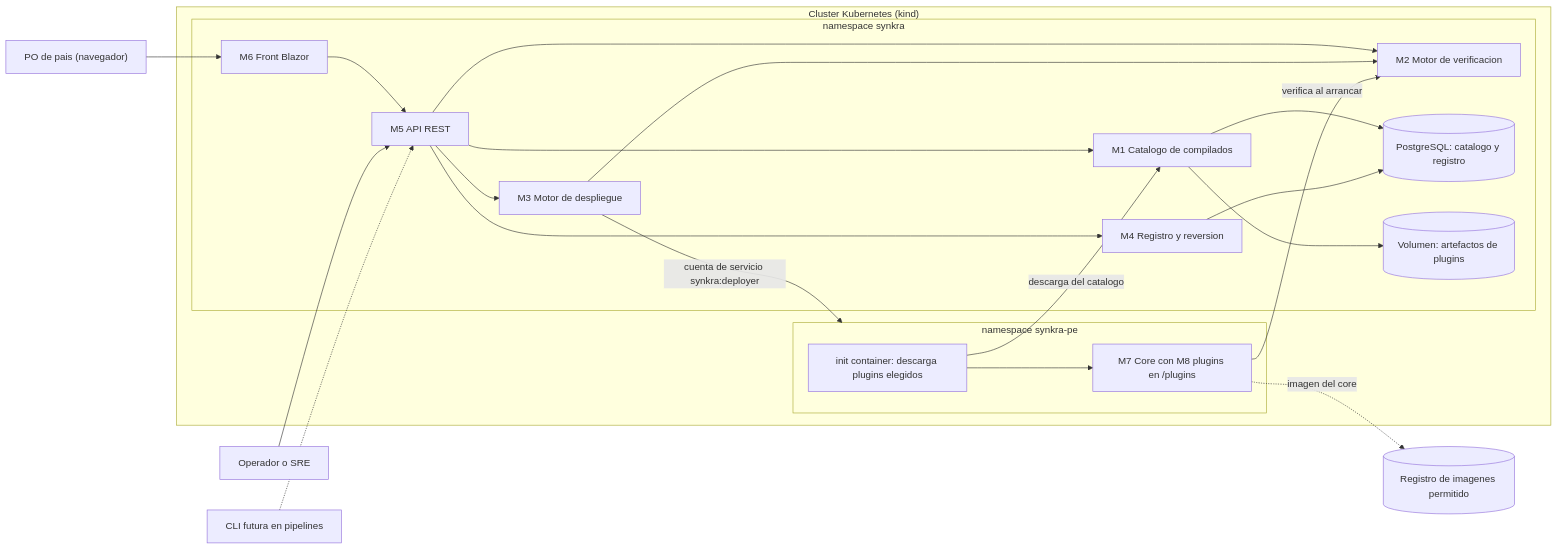
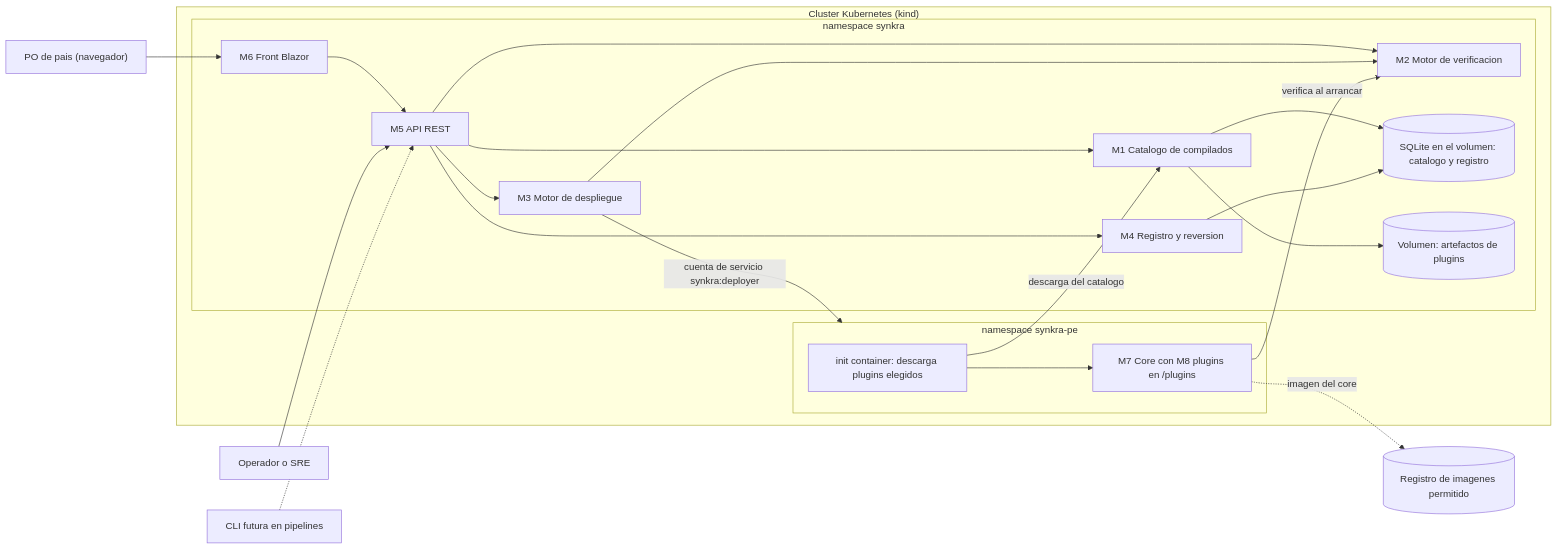
One commit to Jacarrilloc/SynKra changed the diagram in Modulo 3/specs/prd.md. Above: the diagram before and after it, drawn with Mermaid. The commit also changed other lines of this file and 1 other file, not shown here.

First line of the commit message:
docs: PRD v2 consolidated (two version tags, SQLite, all segments approved)

````diff
--- a/Modulo 3/specs/prd.md
+++ b/Modulo 3/specs/prd.md
@@ -382,41 +401,41 @@
 ```mermaid
 flowchart LR
     PO["PO de pais (navegador)"]
     OPS["Operador o SRE"]
     CLI["CLI futura en pipelines"]
     IMG[("Registro de imagenes permitido")]
 
     subgraph K8S["Cluster Kubernetes (kind)"]
         subgraph NSS["namespace synkra"]
             FE["M6 Front Blazor"]
             API["M5 API REST"]
             CAT["M1 Catalogo de compilados"]
             VER["M2 Motor de verificacion"]
             DEP["M3 Motor de despliegue"]
             LOG["M4 Registro y reversion"]
-            DB[("PostgreSQL: catalogo y registro")]
+            DB[("SQLite en el volumen: catalogo y registro")]
             PVC[("Volumen: artefactos de plugins")]
         end
         subgraph NSP["namespace synkra-pe"]
             INIT["init container: descarga plugins elegidos"]
             CORE["M7 Core con M8 plugins en /plugins"]
         end
     end
 
     PO --> FE --> API
     OPS --> API
     CLI -.-> API
     API --> CAT
     API --> VER
     API --> DEP
     API --> LOG
     CAT --> DB
     CAT --> PVC
     LOG --> DB
     DEP --> VER
     DEP -->|"cuenta de servicio synkra:deployer"| NSP
     INIT -->|"descarga del catalogo"| CAT
     INIT --> CORE
     CORE -->|"verifica al arrancar"| VER
     CORE -.->|"imagen del core"| IMG
 ```
````
